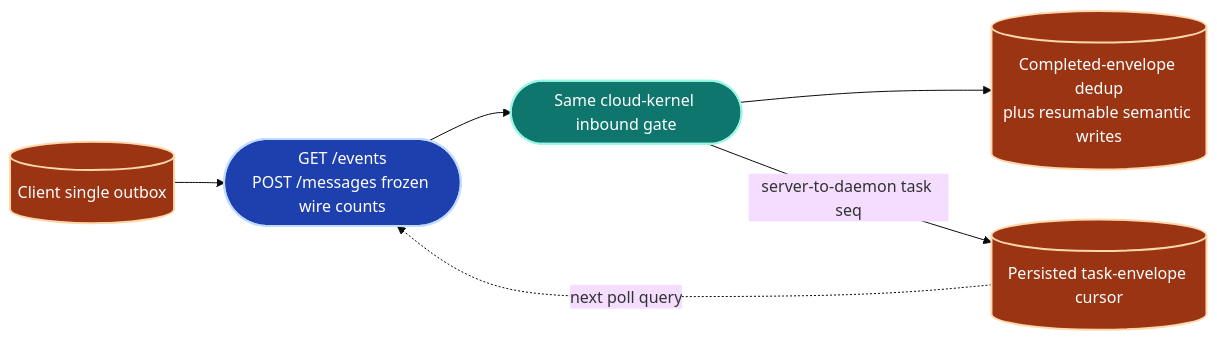
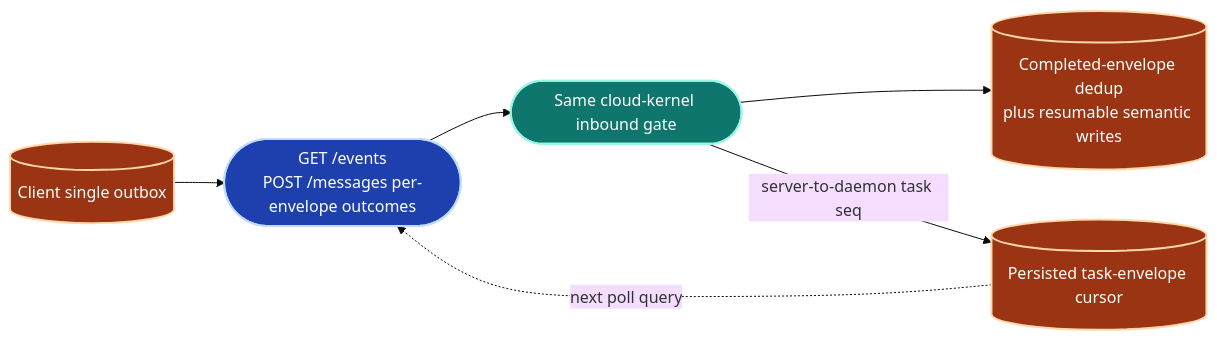
One commit to Ancienttwo/byok-sdk changed diagram 12 of 22 in docs/architecture/sdk-architecture.md. Above: the diagram before and after it, drawn with Mermaid (base theme). The commit also changed other lines of this file and 10 other files, not shown here.

First line of the commit message:
docs(architecture): align sdk-architecture.md with the source, and retire three no-op scripts (#927, #925 phase 0)

````diff
--- a/docs/architecture/sdk-architecture.md
+++ b/docs/architecture/sdk-architecture.md
@@ -881,17 +919,17 @@
 ```mermaid
 flowchart LR
   classDef primary fill:#1e40af,stroke:#bfdbfe,stroke-width:2px,color:#fff
   classDef store fill:#9a3412,stroke:#fed7aa,stroke-width:2px,color:#fff
   classDef gate fill:#0f766e,stroke:#99f6e4,stroke-width:2px,color:#fff
 
   Outbox[("Client single outbox")]:::store
-  Poll(["GET /events<br/>POST /messages frozen wire counts"]):::primary
+  Poll(["GET /events<br/>POST /messages per-envelope outcomes"]):::primary
   Cloud(["Same cloud-kernel inbound gate"]):::gate
   Cursor[("Persisted task-envelope cursor")]:::store
   Dedup[("Completed-envelope dedup<br/>plus resumable semantic writes")]:::store
 
   Outbox --> Poll --> Cloud
   Cloud --> Dedup
   Cloud -->|"server-to-daemon task seq"| Cursor
   Cursor -.->|"next poll query"| Poll
 ```
````
